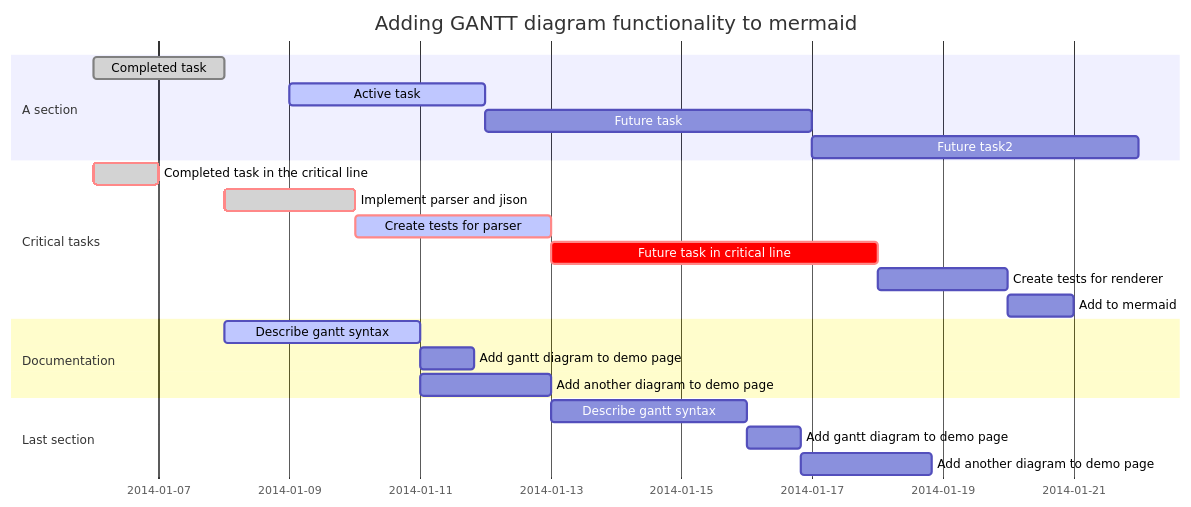
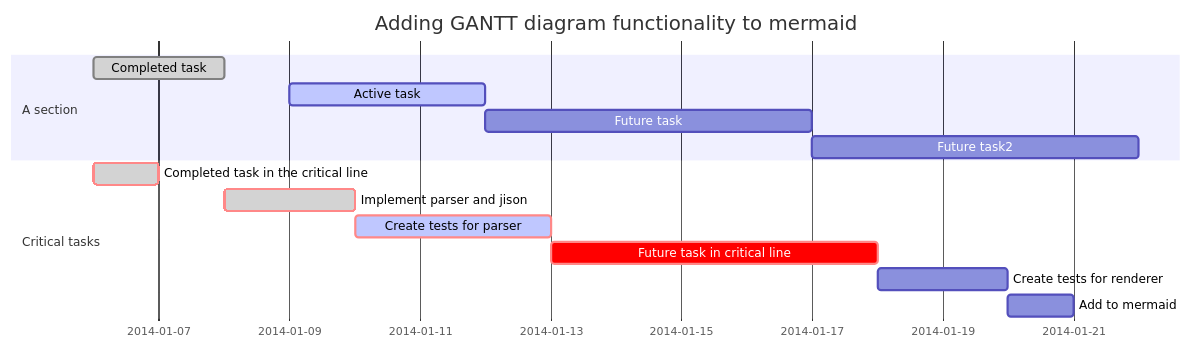
One commit to danyill/asciidoctor-showcase changed the fifth of 6 diagrams in Asciidoctor-Showcase.adoc. Above: the diagram before and after it, drawn with Mermaid. The commit also changed other lines of this file and 9 other files, not shown here.

```diff
--- a/Asciidoctor-Showcase.adoc
+++ b/Asciidoctor-Showcase.adoc
@@ -144,31 +226,18 @@
 [mermaid]
 ....
-%% Example with slection of syntaxes
-        gantt
+gantt
         dateFormat  YYYY-MM-DD
         title Adding GANTT diagram functionality to mermaid
-
         section A section
         Completed task            :done,    des1, 2014-01-06,2014-01-08
         Active task               :active,  des2, 2014-01-09, 3d
         Future task               :         des3, after des2, 5d
         Future task2               :         des4, after des3, 5d
-
         section Critical tasks
         Completed task in the critical line :crit, done, 2014-01-06,24h
         Implement parser and jison          :crit, done, after des1, 2d
         Create tests for parser             :crit, active, 3d
         Future task in critical line        :crit, 5d
         Create tests for renderer           :2d
         Add to mermaid                      :1d
-
-        section Documentation
-        Describe gantt syntax               :active, a1, after des1, 3d
-        Add gantt diagram to demo page      :after a1  , 20h
-        Add another diagram to demo page    :doc1, after a1  , 48h
-
-        section Last section
-        Describe gantt syntax               :after doc1, 3d
-        Add gantt diagram to demo page      : 20h
-        Add another diagram to demo page    : 48h
 ....
```
